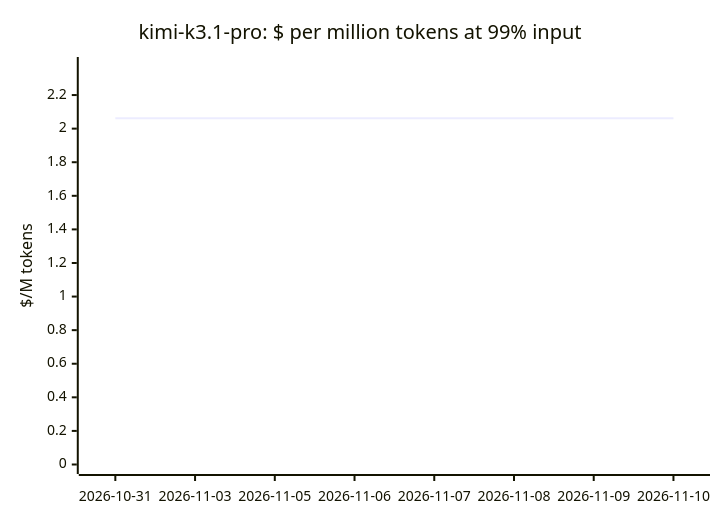
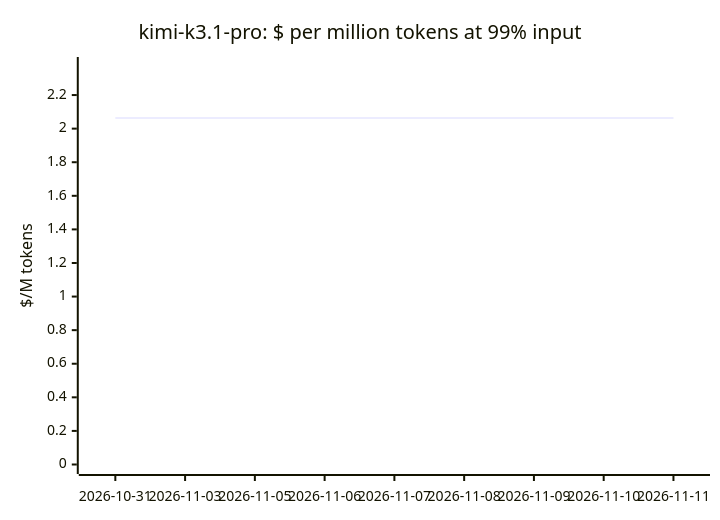
Diagram 12 of 19 in docs/openrouter-models.md (cklukas/OMEGA_TRANSFORM), drawn with Mermaid before and after one commit. The commit also changed other lines of this file and 43 other files, not shown here.

````diff
--- a/docs/openrouter-models.md
+++ b/docs/openrouter-models.md
@@ -238,7 +238,7 @@
 ```mermaid
 xychart-beta
     title "kimi-k3.1-pro: $ per million tokens at 99% input"
-    x-axis ["2026-10-31", "2026-11-03", "2026-11-05", "2026-11-06", "2026-11-07", "2026-11-08", "2026-11-09", "2026-11-10"]
+    x-axis ["2026-10-31", "2026-11-03", "2026-11-05", "2026-11-06", "2026-11-07", "2026-11-08", "2026-11-09", "2026-11-10", "2026-11-11"]
     y-axis "$/M tokens" 0 --> 2.37
-    line [2.062, 2.062, 2.062, 2.062, 2.062, 2.062, 2.062, 2.062]
+    line [2.063, 2.063, 2.063, 2.063, 2.063, 2.063, 2.063, 2.063, 2.063]
 ```
````
